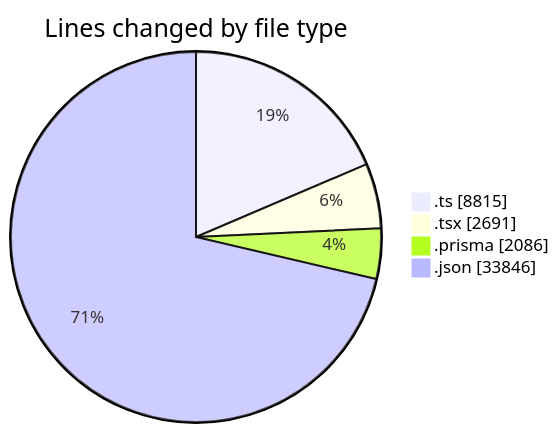
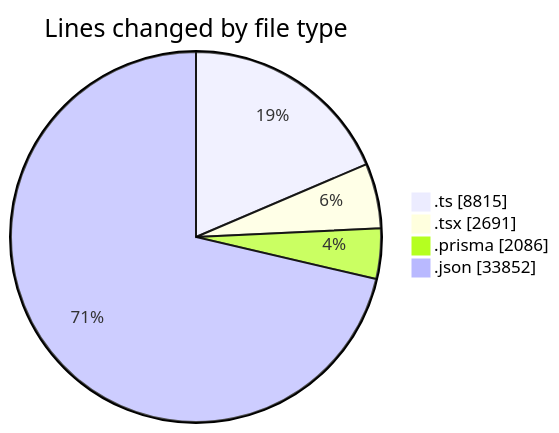
The first of 2 diagrams in 2025-05-19/ecodeli-1/README.md (CELIANVF/code-tracking), drawn with Mermaid before and after one commit. The commit also changed other lines of this file and 1 other file, not shown here.

````diff
--- a/2025-05-19/ecodeli-1/README.md
+++ b/2025-05-19/ecodeli-1/README.md
@@ -53,8 +53,8 @@
 ```mermaid
 pie showData
 title Lines changed by file type
 ".ts" : 8815
 ".tsx" : 2691
 ".prisma" : 2086
-".json" : 33846
+".json" : 33852
 ```
````
